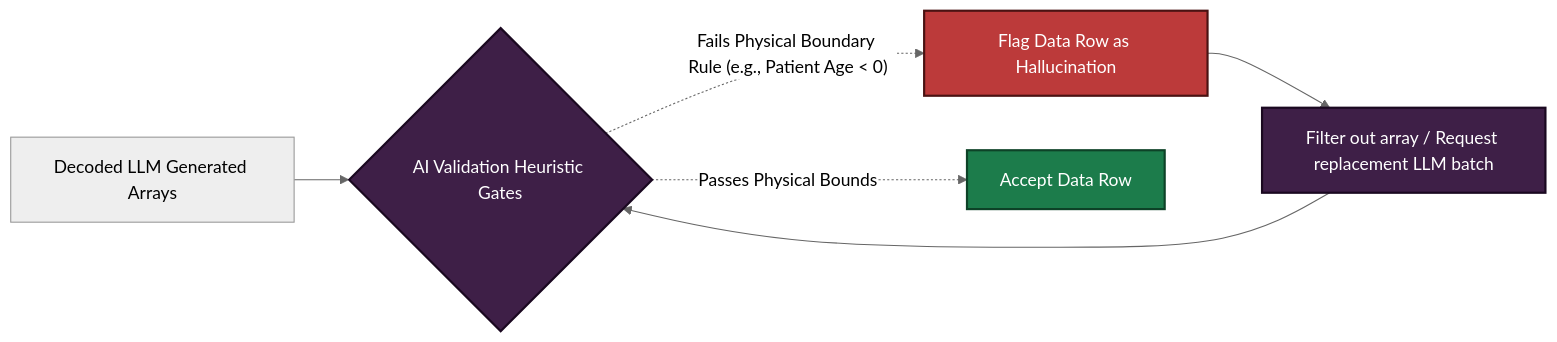
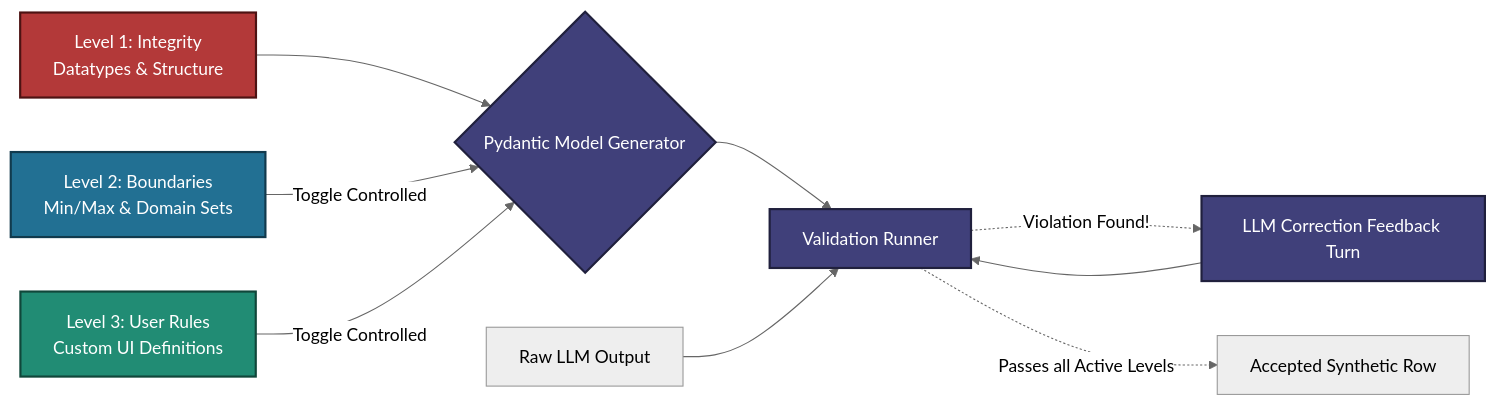
One commit to smartlord7/Synthagent changed the sixth of 8 diagrams in src/TabuLLM/docs/pipeline_architecture.md. Above: the diagram before and after it, drawn with Mermaid (neutral theme). The commit also changed other lines of this file and 12 other files, not shown here.

````diff
--- a/src/TabuLLM/docs/pipeline_architecture.md
+++ b/src/TabuLLM/docs/pipeline_architecture.md
@@ -116,14 +190,19 @@
 ```mermaid
 graph LR
-    classDef logic fill:#3e1f47,stroke:#1a0820,color:#fff,stroke-width:2px;
-    classDef reject fill:#bc3a3a,stroke:#4a1212,color:#fff,stroke-width:2px;
-    classDef pass fill:#1c7c4b,stroke:#0d4227,color:#fff,stroke-width:2px;
+    classDef integrity fill:#b33939,stroke:#4d1313,color:#fff,stroke-width:2px;
+    classDef boundaries fill:#227093,stroke:#113a4d,color:#fff,stroke-width:2px;
+    classDef user fill:#218c74,stroke:#10473a,color:#fff,stroke-width:2px;
+    classDef validator fill:#40407a,stroke:#20203d,color:#fff,stroke-width:2px;
 
-    Input[Decoded LLM Generated Arrays] --> Filter{AI Validation Heuristic Gates}:::logic
+    L1[Level 1: Integrity<br/>Datatypes & Structure]:::integrity --> Model{Pydantic Model Generator}:::validator
+    L2[Level 2: Boundaries<br/>Min/Max & Domain Sets]:::boundaries --> |Toggle Controlled| Model
+    L3[Level 3: User Rules<br/>Custom UI Definitions]:::user --> |Toggle Controlled| Model
     
-    Filter -.-> |"Fails Physical Boundary Rule (e.g., Patient Age < 0)"| Reject[Flag Data Row as Hallucination]:::reject
-    Filter -.-> |Passes Physical Bounds| Pass[Accept Data Row]:::pass
+    Model --> Filter[Validation Runner]:::validator
+    Raw[Raw LLM Output] --> Filter
     
-    Reject --> Repair[Filter out array / Request replacement LLM batch]:::logic
+    Filter -.-> |"Violation Found!"| Repair[LLM Correction Feedback Turn]:::validator
+    Filter -.-> |Passes all Active Levels| Sink[Accepted Synthetic Row]
+    
     Repair --> Filter
 ```
````
